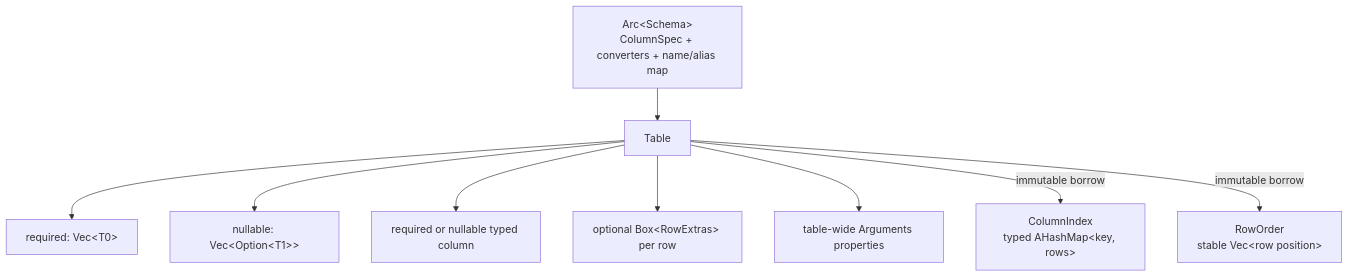
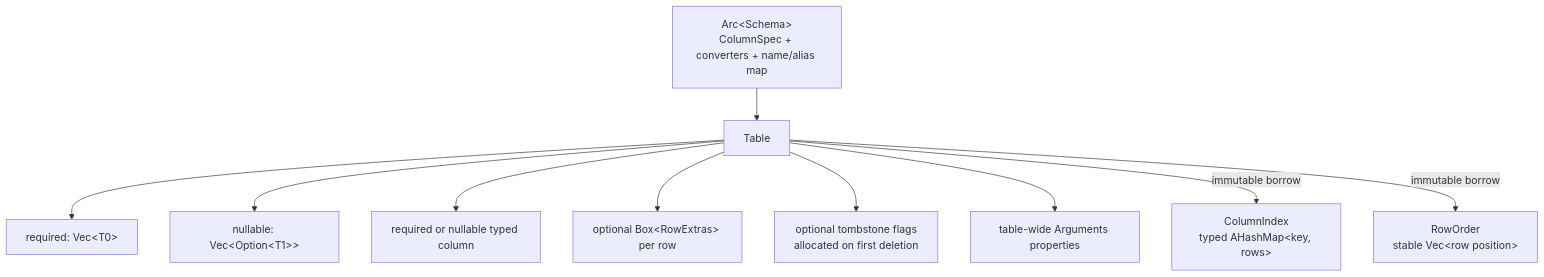
The first of 6 diagrams in docs/high-level/table.md (kjn-void/gd-rs), drawn with Mermaid before and after one commit. The commit also changed other lines of this file and 19 other files, not shown here.

````diff
--- a/docs/high-level/table.md
+++ b/docs/high-level/table.md
@@ -8,11 +8,12 @@
 ```mermaid
 flowchart TD
     Schema["Arc&lt;Schema&gt;\nColumnSpec + converters + name/alias map"] --> Table
     Table --> C0["required: Vec&lt;T0&gt;"]
     Table --> C1["nullable: Vec&lt;Option&lt;T1&gt;&gt;"]
     Table --> CN["required or nullable typed column"]
     Table --> Extras["optional Box&lt;RowExtras&gt; per row"]
+    Table --> Tombstones["optional tombstone flags\nallocated on first deletion"]
     Table --> Properties["table-wide Arguments properties"]
     Table -->|"immutable borrow"| Index["ColumnIndex\ntyped AHashMap&lt;key, rows&gt;"]
     Table -->|"immutable borrow"| Order["RowOrder\nstable Vec&lt;row position&gt;"]
 ```
````
